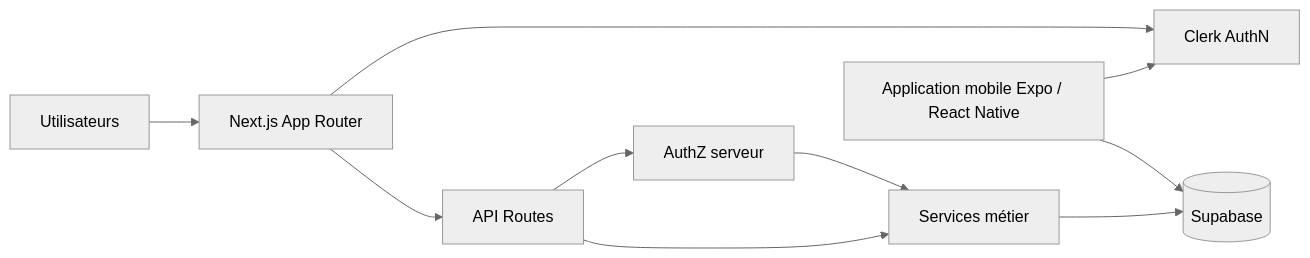
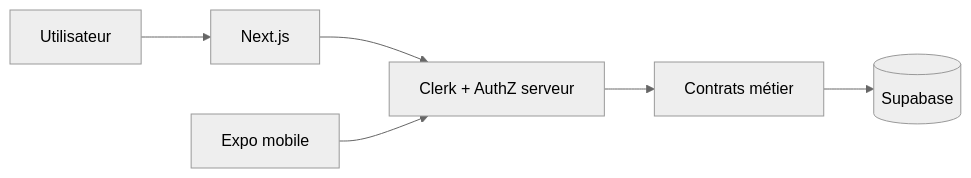
The diagram in documentation/architecture/system-overview.md (maxd4/CleanmyMap), drawn with Mermaid (neutral theme) before and after one commit. The commit also changed other lines of this file and 13 other files, not shown here.

````diff
--- a/documentation/architecture/system-overview.md
+++ b/documentation/architecture/system-overview.md
@@ -5,12 +11,8 @@
 ```mermaid
 flowchart LR
-  U[Utilisateurs] --> WEB[Next.js App Router]
-  WEB --> CLERK[Clerk AuthN]
-  WEB --> API[API Routes]
-  API --> AUTHZ[AuthZ serveur]
-  API --> DOMAIN[Services métier]
-  AUTHZ --> DOMAIN
-  DOMAIN --> SB[(Supabase)]
-  MOBILE[Application mobile Expo / React Native] --> CLERK
-  MOBILE --> SB
+  User[Utilisateur] --> Web[Next.js]
+  Web --> Auth[Clerk + AuthZ serveur]
+  Auth --> Domain[Contrats métier]
+  Domain --> Data[(Supabase)]
+  Mobile[Expo mobile] --> Auth
 ```
````
